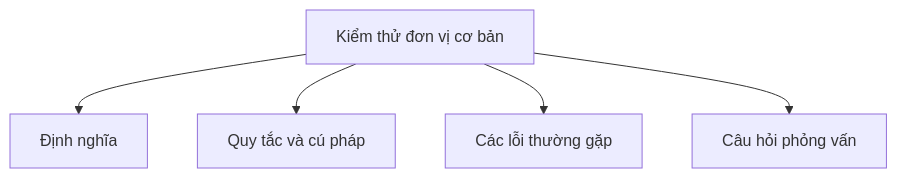
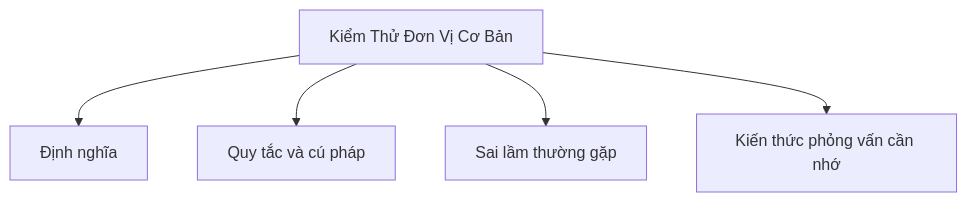
Before and after one commit to PhuThien2005/theoretical-of-java-core: the diagram in vi/44-unit-testing/README.md, drawn with Mermaid. The commit also changed other lines of this file and 229 other files, not shown here.

````diff
--- a/vi/44-unit-testing/README.md
+++ b/vi/44-unit-testing/README.md
@@ -50,7 +50,7 @@
 ```mermaid
 flowchart TD
-    A[Kiểm thử đơn vị cơ bản] --> B[Định nghĩa]
+    A[Kiểm Thử Đơn Vị Cơ Bản] --> B[Định nghĩa]
     A --> C[Quy tắc và cú pháp]
-    A --> D[Các lỗi thường gặp]
-    A --> E[Câu hỏi phỏng vấn]
+    A --> D[Sai lầm thường gặp]
+    A --> E[Kiến thức phỏng vấn cần nhớ]
 ```
````
